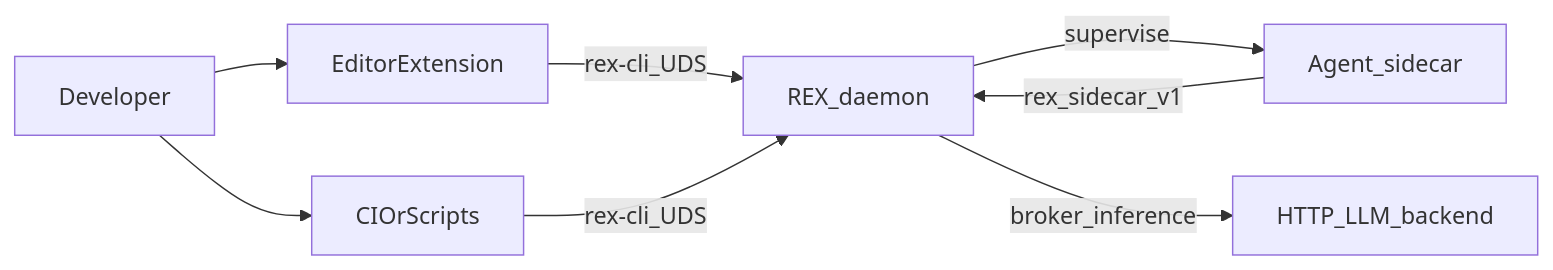
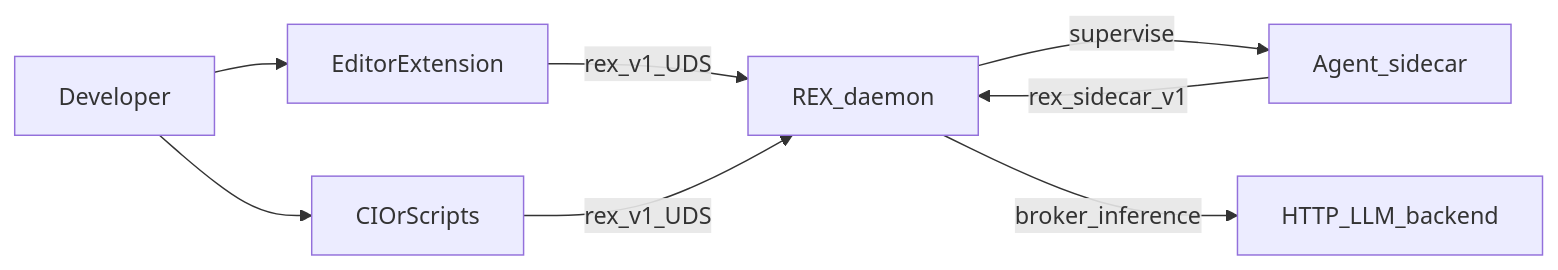
The first of 3 diagrams in docs/ARCHITECTURE.md (thsfranca/rex), drawn with Mermaid before and after one commit. The commit also changed other lines of this file and 27 other files, not shown here.

First line of the commit message:
docs: align operator and architecture docs with shipped state (#248)

````diff
--- a/docs/ARCHITECTURE.md
+++ b/docs/ARCHITECTURE.md
@@ -46,16 +46,16 @@
 ```mermaid
 flowchart LR
   dev[Developer]
   ide[EditorExtension]
   ci[CIOrScripts]
   rex[REX_daemon]
   side[Agent_sidecar]
   llm[HTTP_LLM_backend]
   dev --> ide
   dev --> ci
-  ide -->|"rex-cli_UDS"| rex
-  ci -->|"rex-cli_UDS"| rex
+  ide -->|"rex_v1_UDS"| rex
+  ci -->|"rex_v1_UDS"| rex
   rex -->|supervise| side
   side -->|rex_sidecar_v1| rex
   rex -->|broker_inference| llm
 ```
````
